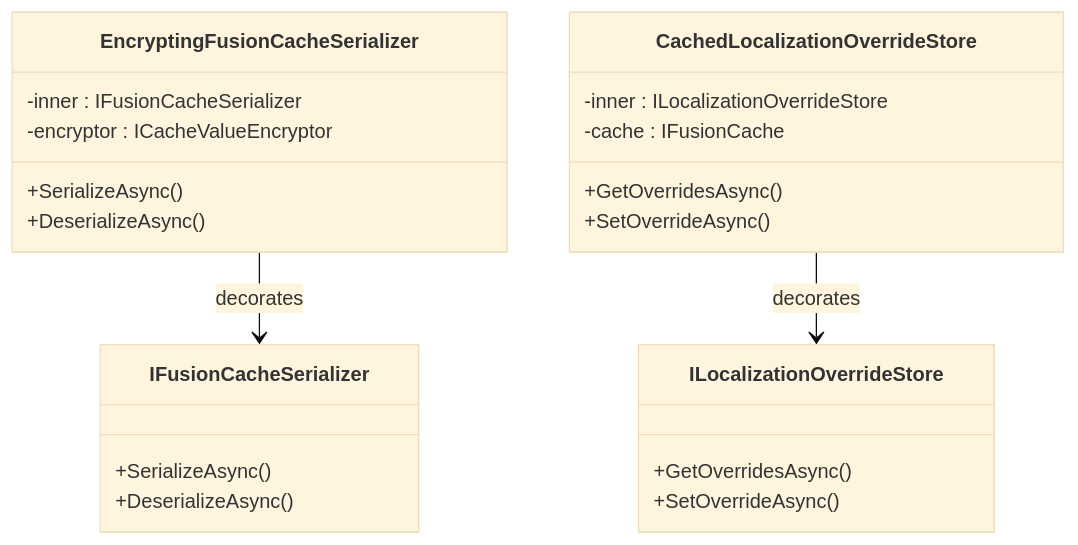
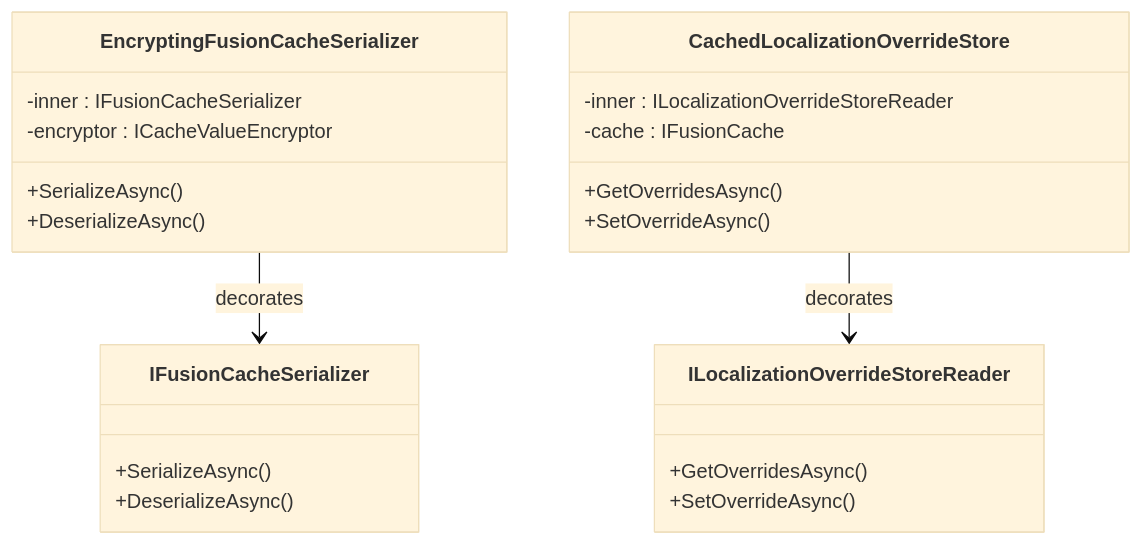
One commit to granit-fx/granit-docs changed the diagram in src/content/docs/dotnet/architecture/patterns/decorator.md. Above: the diagram before and after it, drawn with Mermaid (base theme). The commit also changed other lines of this file and 40 other files, not shown here.

First line of the commit message:
fix(docs): fix uncompilable calls, diagram types and dead source links

````diff
--- a/src/content/docs/dotnet/architecture/patterns/decorator.md
+++ b/src/content/docs/dotnet/architecture/patterns/decorator.md
@@ -19,29 +19,29 @@
 ```mermaid
 classDiagram
     class IFusionCacheSerializer {
         +SerializeAsync()
         +DeserializeAsync()
     }
 
     class EncryptingFusionCacheSerializer {
         -inner : IFusionCacheSerializer
         -encryptor : ICacheValueEncryptor
         +SerializeAsync()
         +DeserializeAsync()
     }
 
-    class ILocalizationOverrideStore {
+    class ILocalizationOverrideStoreReader {
         +GetOverridesAsync()
         +SetOverrideAsync()
     }
 
     class CachedLocalizationOverrideStore {
-        -inner : ILocalizationOverrideStore
+        -inner : ILocalizationOverrideStoreReader
         -cache : IFusionCache
         +GetOverridesAsync()
         +SetOverrideAsync()
     }
 
     EncryptingFusionCacheSerializer --> IFusionCacheSerializer : decorates
-    CachedLocalizationOverrideStore --> ILocalizationOverrideStore : decorates
+    CachedLocalizationOverrideStore --> ILocalizationOverrideStoreReader : decorates
 ```
````
